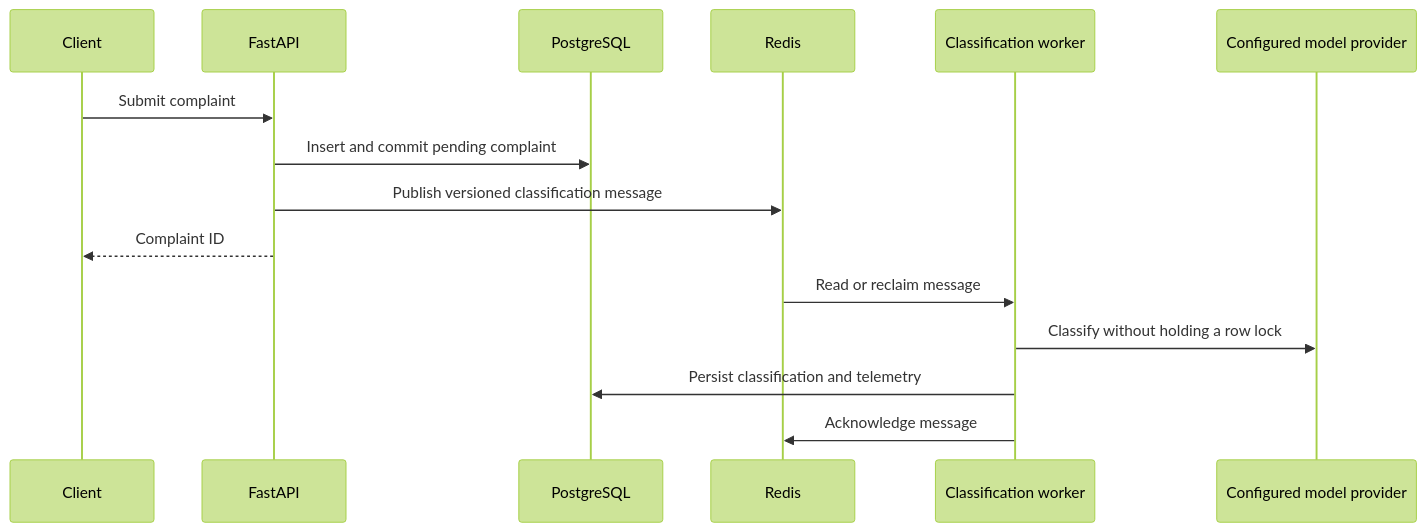
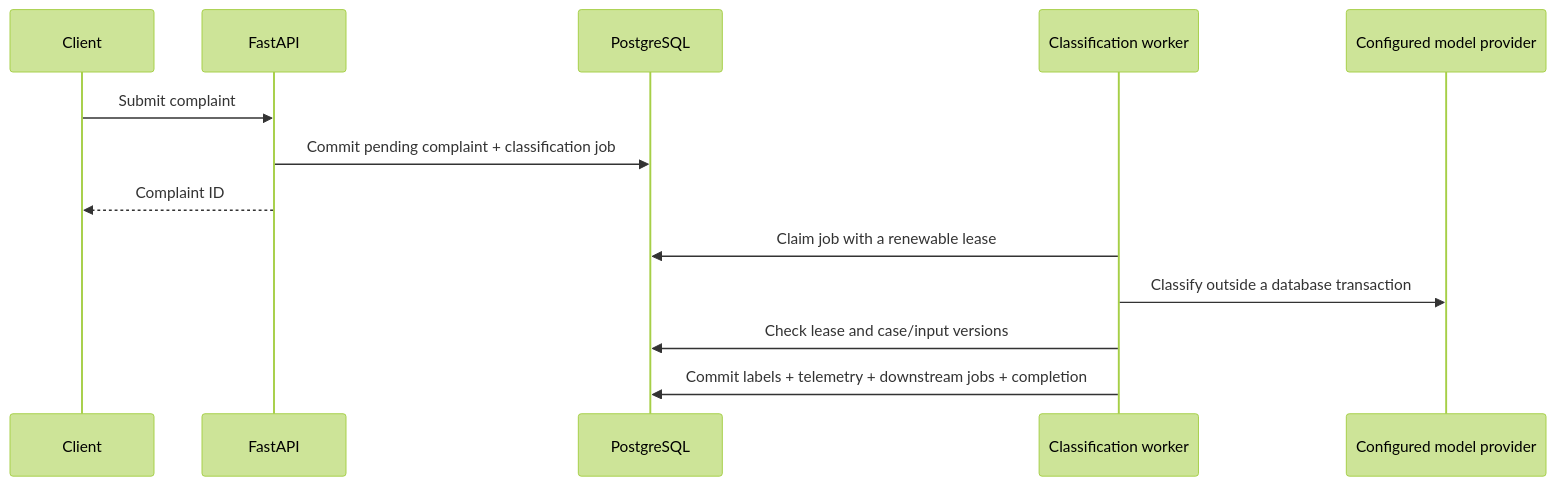
Before and after one commit to deeason7/ResolveAI: the diagram in docs/architecture.md, drawn with Mermaid (forest theme). The commit also changed other lines of this file and 6 other files, not shown here.

````diff
--- a/docs/architecture.md
+++ b/docs/architecture.md
@@ -32,17 +33,15 @@
 ```mermaid
 sequenceDiagram
     participant U as Client
     participant API as FastAPI
     participant PG as PostgreSQL
-    participant R as Redis
     participant W as Classification worker
     participant L as Configured model provider
     U->>API: Submit complaint
-    API->>PG: Insert and commit pending complaint
-    API->>R: Publish versioned classification message
+    API->>PG: Commit pending complaint + classification job
     API-->>U: Complaint ID
-    R->>W: Read or reclaim message
-    W->>L: Classify without holding a row lock
-    W->>PG: Persist classification and telemetry
-    W->>R: Acknowledge message
+    W->>PG: Claim job with a renewable lease
+    W->>L: Classify outside a database transaction
+    W->>PG: Check lease and case/input versions
+    W->>PG: Commit labels + telemetry + downstream jobs + completion
 ```
````
